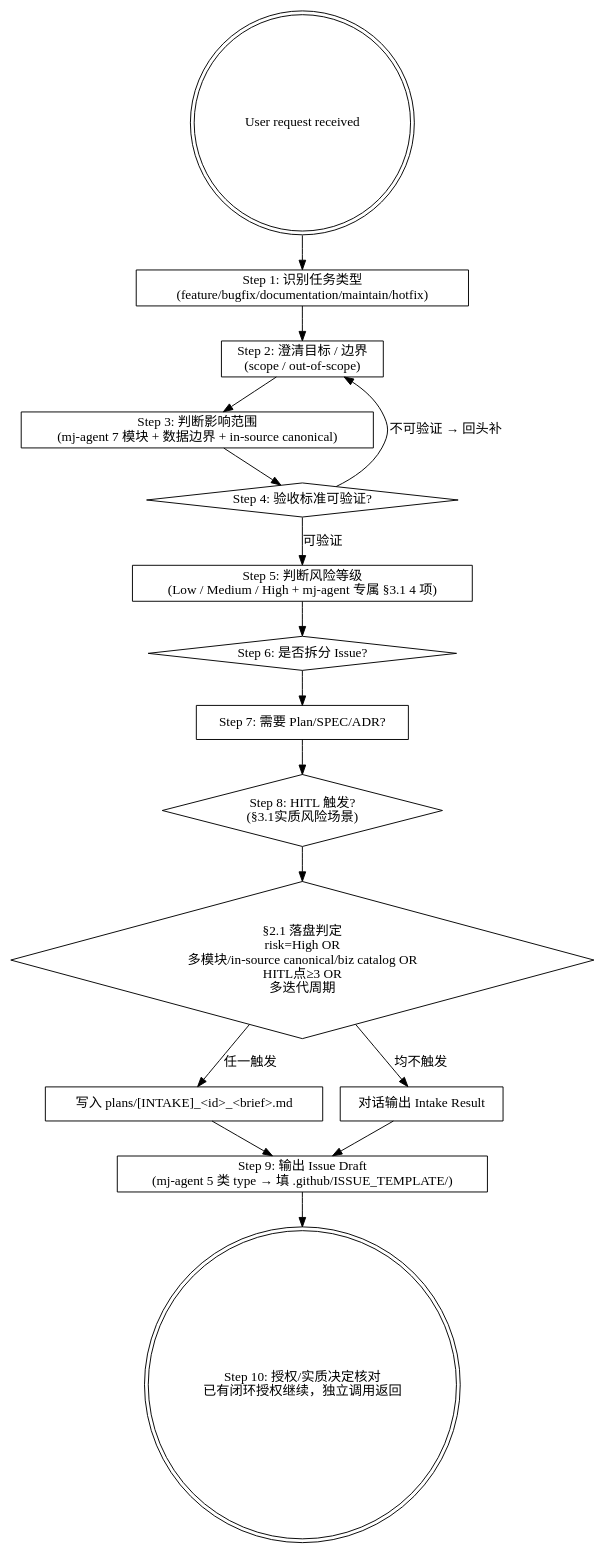
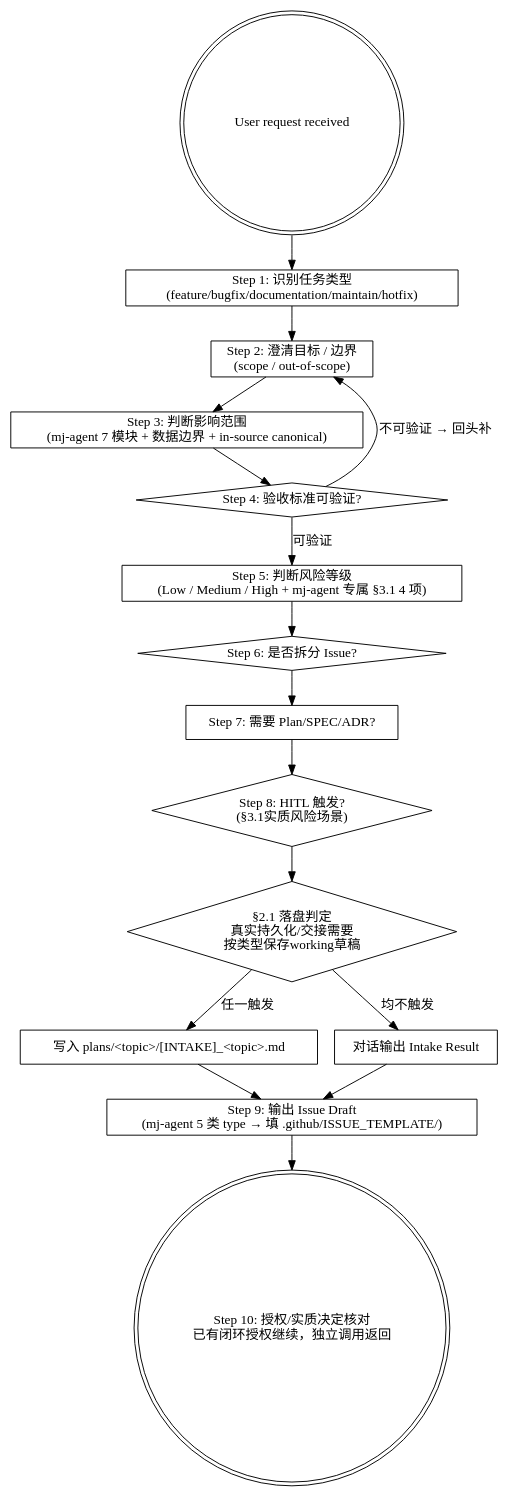
One commit to MJ-AgentLab/mj-agent changed the diagram in .agents/skills/mj-agent-flow-intake/SKILL.md. Above: the diagram before and after it, drawn with Graphviz. The commit also changed other lines of this file and 23 other files, not shown here.

````diff
--- a/.agents/skills/mj-agent-flow-intake/SKILL.md
+++ b/.agents/skills/mj-agent-flow-intake/SKILL.md
@@ -38,33 +38,33 @@
 ```dot
 digraph intake {
   rankdir=TB;
   start [label="User request received" shape=doublecircle];
 
   s1 [label="Step 1: 识别任务类型\n(feature/bugfix/documentation/maintain/hotfix)" shape=box];
   s2 [label="Step 2: 澄清目标 / 边界\n(scope / out-of-scope)" shape=box];
   s3 [label="Step 3: 判断影响范围\n(mj-agent 7 模块 + 数据边界 + in-source canonical)" shape=box];
   s4 [label="Step 4: 验收标准可验证?" shape=diamond];
   s5 [label="Step 5: 判断风险等级\n(Low / Medium / High + mj-agent 专属 §3.1 4 项)" shape=box];
   s6 [label="Step 6: 是否拆分 Issue?" shape=diamond];
   s7 [label="Step 7: 需要 Plan/SPEC/ADR?" shape=box];
   s8 [label="Step 8: HITL 触发?\n(§3.1实质风险场景)" shape=diamond];
 
-  落盘判定 [label="§2.1 落盘判定\nrisk=High OR\n多模块/in-source canonical/biz catalog OR\nHITL点≥3 OR\n多迭代周期" shape=diamond];
+  落盘判定 [label="§2.1 落盘判定\n真实持久化/交接需要\n按类型保存working草稿" shape=diamond];
 
-  落盘 [label="写入 plans/[INTAKE]_<id>_<brief>.md" shape=box];
+  落盘 [label="写入 plans/<topic>/[INTAKE]_<topic>.md" shape=box];
   对话输出 [label="对话输出 Intake Result" shape=box];
 
   s9 [label="Step 9: 输出 Issue Draft\n(mj-agent 5 类 type → 填 .github/ISSUE_TEMPLATE/)" shape=box];
   hitl [label="Step 10: 授权/实质决定核对\n已有闭环授权继续，独立调用返回" shape=doublecircle];
 
   start -> s1 -> s2 -> s3 -> s4;
   s4 -> s5 [label="可验证"];
   s4 -> s2 [label="不可验证 → 回头补"];
   s5 -> s6 -> s7 -> s8 -> 落盘判定;
   落盘判定 -> 落盘 [label="任一触发"];
   落盘判定 -> 对话输出 [label="均不触发"];
   落盘 -> s9;
   对话输出 -> s9;
   s9 -> hitl;
 }
 ```
````
